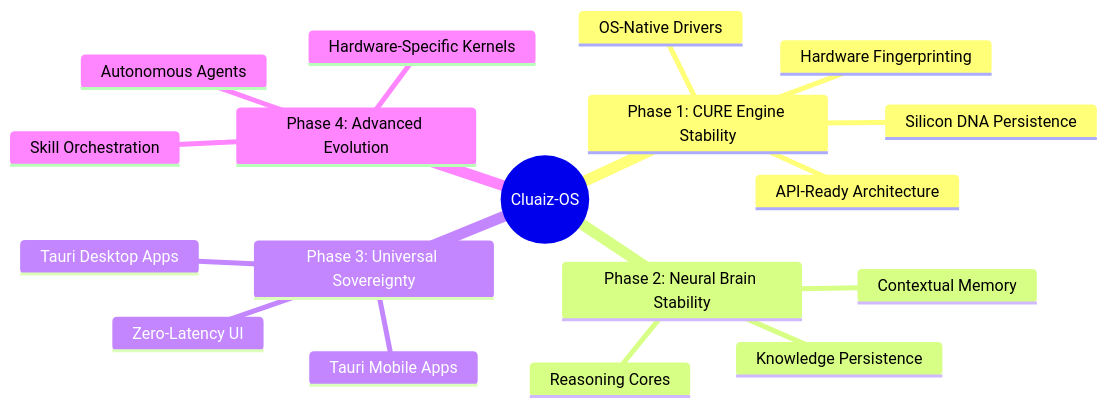
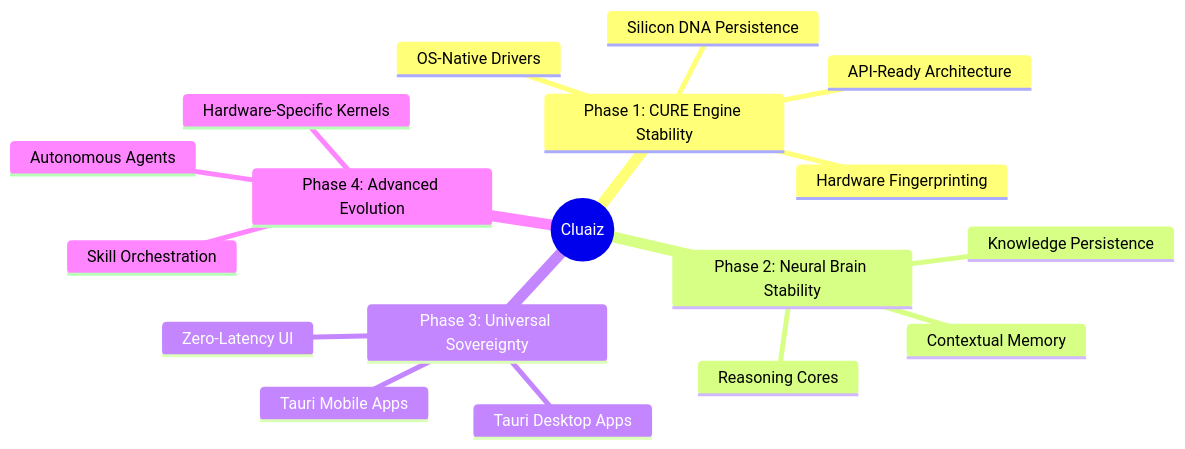
One commit to ayan-kushwaha/Cluaiz- changed the diagram in ROADMAP.md. Above: the diagram before and after it, drawn with Mermaid. The commit also changed other lines of this file and 8 other files, not shown here.

````diff
--- a/ROADMAP.md
+++ b/ROADMAP.md
@@ -5,21 +5,21 @@
 ```mermaid
 mindmap
-  root((Cluaiz-OS))
+  root((Cluaiz))
     Phase 1: CURE Engine Stability
       Hardware Fingerprinting
       OS-Native Drivers
       API-Ready Architecture
       Silicon DNA Persistence
     Phase 2: Neural Brain Stability
       Contextual Memory
       Knowledge Persistence
       Reasoning Cores
     Phase 3: Universal Sovereignty
       Tauri Desktop Apps
       Tauri Mobile Apps
       Zero-Latency UI
     Phase 4: Advanced Evolution
       Skill Orchestration
       Autonomous Agents
       Hardware-Specific Kernels
 ```
````
